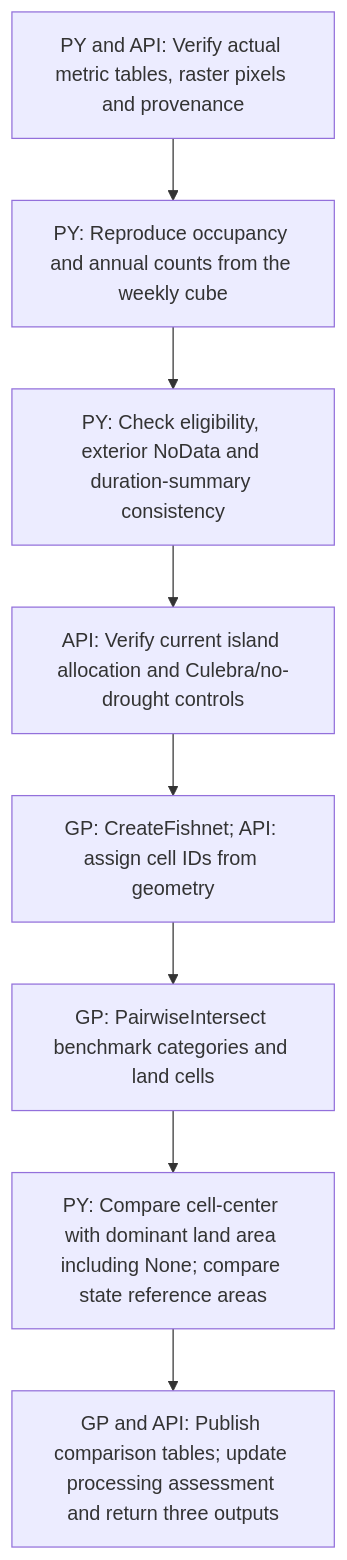
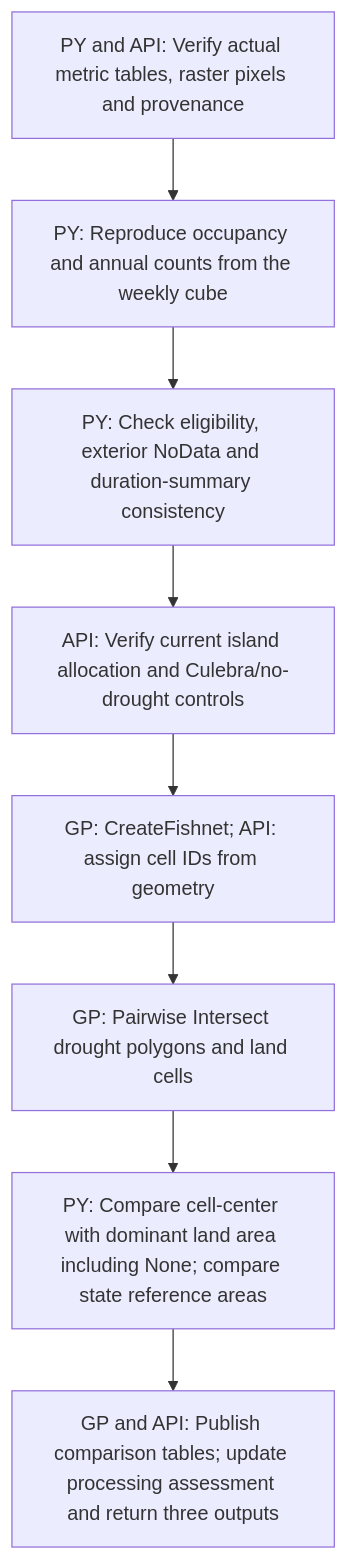
One commit to avega17/PLAN6059-PR-Risks-SDSS changed the ninth of 9 diagrams in docs/drought_modelbuilder_setup.md. Above: the diagram before and after it, drawn with Mermaid. The commit also changed other lines of this file and 32 other files, not shown here.

````diff
--- a/docs/drought_modelbuilder_setup.md
+++ b/docs/drought_modelbuilder_setup.md
@@ -290,18 +308,18 @@
 ```mermaid
 flowchart TD
     n0["PY and API: Verify actual metric tables, raster pixels and provenance"]
     n1["PY: Reproduce occupancy and annual counts from the weekly cube"]
     n2["PY: Check eligibility, exterior NoData and duration-summary consistency"]
     n3["API: Verify current island allocation and Culebra/no-drought controls"]
     n4["GP: CreateFishnet; API: assign cell IDs from geometry"]
-    n5["GP: PairwiseIntersect benchmark categories and land cells"]
+    n5["GP: Pairwise Intersect drought polygons and land cells"]
     n6["PY: Compare cell-center with dominant land area including None; compare state reference areas"]
     n7["GP and API: Publish comparison tables; update processing assessment and return three outputs"]
     n0 --> n1
     n1 --> n2
     n2 --> n3
     n3 --> n4
     n4 --> n5
     n5 --> n6
     n6 --> n7
 ```
````
